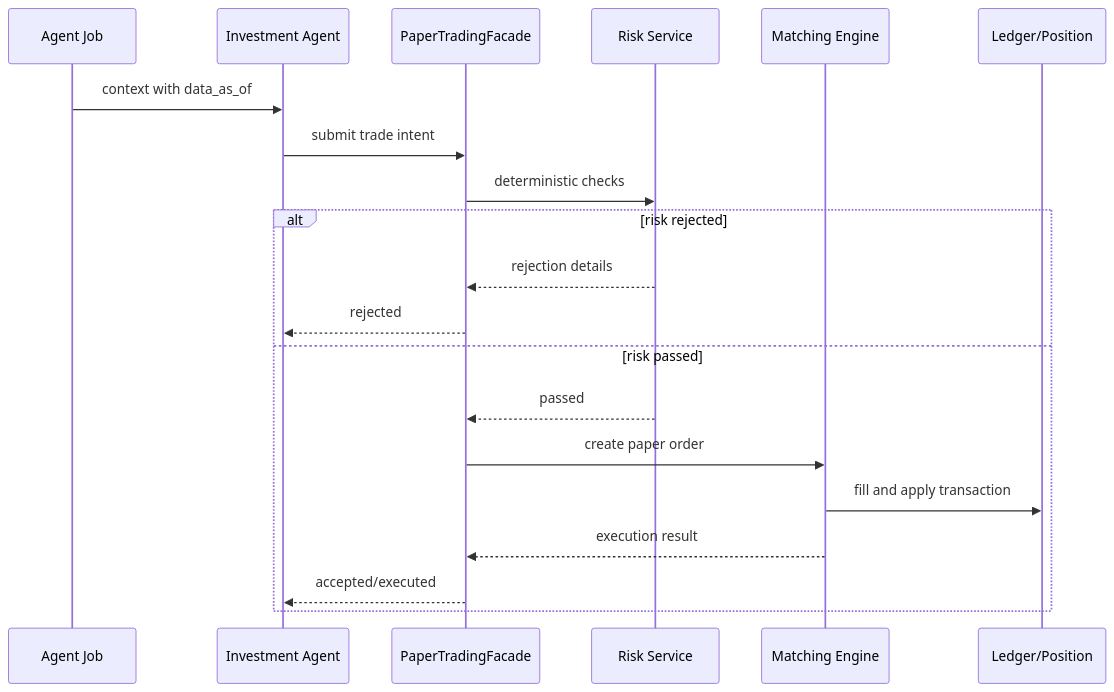
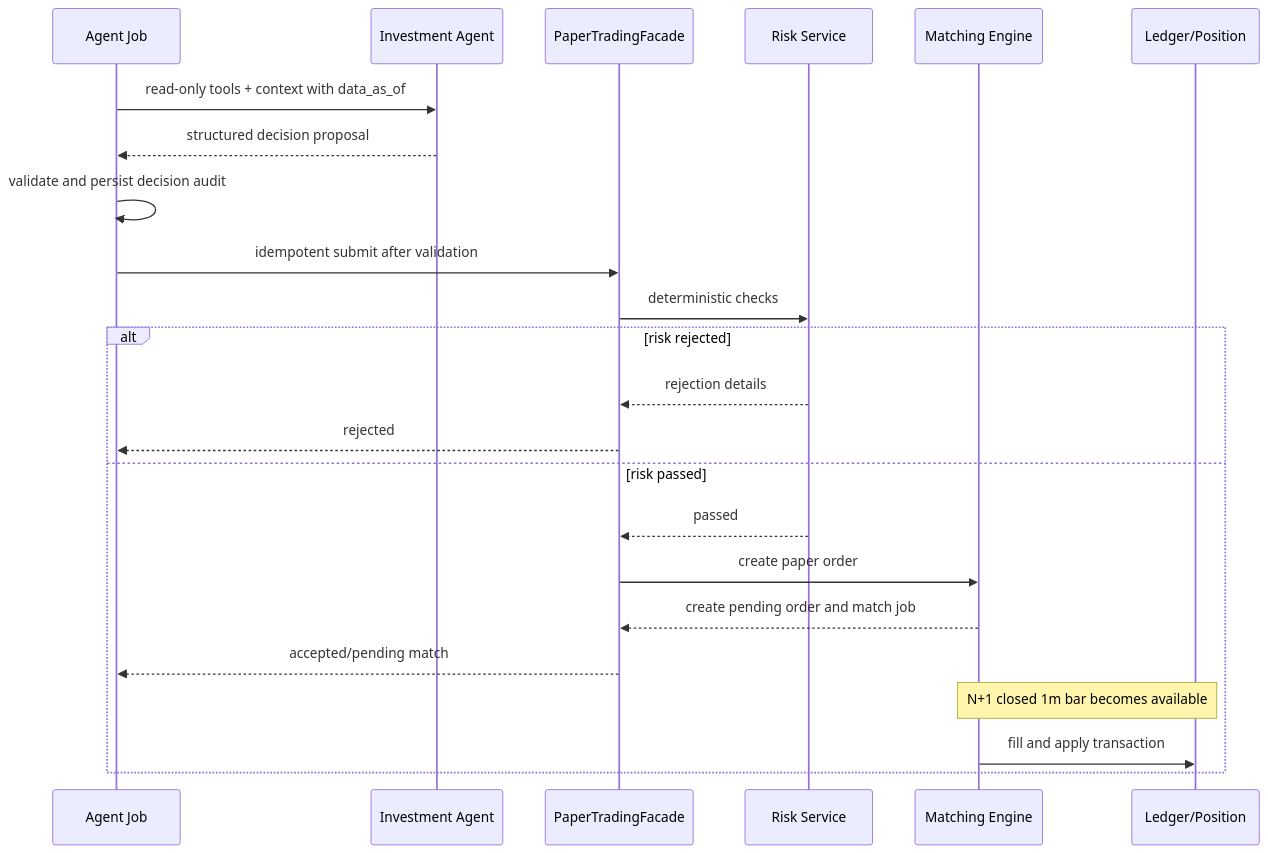
One commit to AllenDEricDAlexander/CyberMario changed the second of 3 diagrams in docs/superpowers/specs/2026-07-16-investment-module-design.md. Above: the diagram before and after it, drawn with Mermaid. The commit also changed other lines of this file and 1 other file, not shown here.

````diff
--- a/docs/superpowers/specs/2026-07-16-investment-module-design.md
+++ b/docs/superpowers/specs/2026-07-16-investment-module-design.md
@@ -876,23 +921,26 @@
 ```mermaid
 sequenceDiagram
     participant J as Agent Job
     participant A as Investment Agent
     participant F as PaperTradingFacade
     participant R as Risk Service
     participant M as Matching Engine
     participant L as Ledger/Position
 
-    J->>A: context with data_as_of
-    A->>F: submit trade intent
+    J->>A: read-only tools + context with data_as_of
+    A-->>J: structured decision proposal
+    J->>J: validate and persist decision audit
+    J->>F: idempotent submit after validation
     F->>R: deterministic checks
     alt risk rejected
         R-->>F: rejection details
-        F-->>A: rejected
+        F-->>J: rejected
     else risk passed
         R-->>F: passed
         F->>M: create paper order
+        M-->>F: create pending order and match job
+        F-->>J: accepted/pending match
+        Note over M,L: N+1 closed 1m bar becomes available
         M->>L: fill and apply transaction
-        M-->>F: execution result
-        F-->>A: accepted/executed
     end
 ```
````
